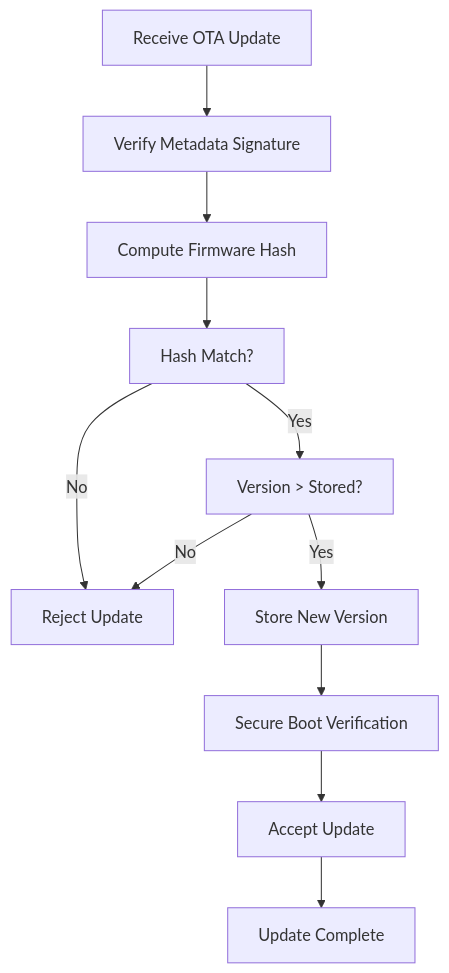
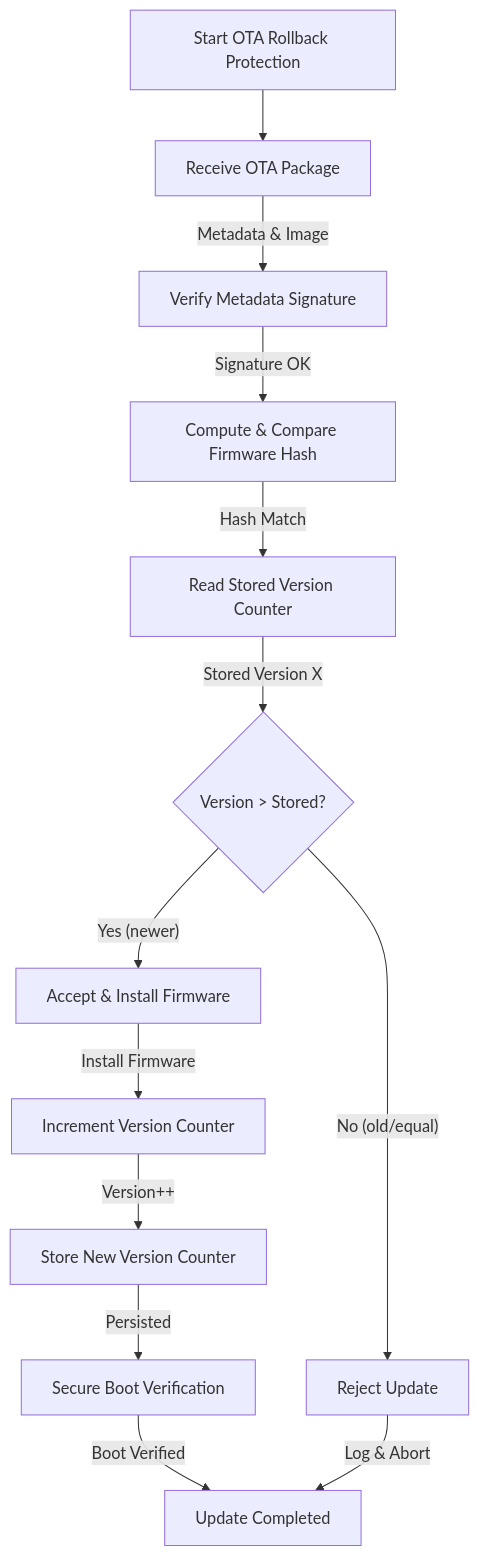
One commit to CagriCatik/Clarion changed the diagram in outputs/03_protection-rollback_doc.md. Above: the diagram before and after it, drawn with Mermaid. The commit also changed other lines of this file and 8 other files, not shown here.

````diff
--- a/outputs/03_protection-rollback_doc.md
+++ b/outputs/03_protection-rollback_doc.md
@@ -29,24 +26,28 @@
 ```mermaid
 graph TD
-    Receive_Update["Receive OTA Update"]
+    Start_Node["Start OTA Rollback Protection"]
+    Receive_Update["Receive OTA Package"]
     Verify_Signature["Verify Metadata Signature"]
-    Compute_Hash["Compute Firmware Hash"]
-    Compare_Hash["Hash Match?"]
-    Version_Check["Version > Stored?"]
-    Store_Version["Store New Version"]
-    Bootloader_Verify["Secure Boot Verification"]
-    Reject["Reject Update"]
-    Accept["Accept Update"]
-    End["Update Complete"]
+    Verify_Hash["Compute & Compare Firmware Hash"]
+    Read_Stored_Version["Read Stored Version Counter"]
+    Compare_Version{"Version > Stored?"}
+    Accept_Update["Accept & Install Firmware"]
+    Update_Counter["Increment Version Counter"]
+    Secure_Store["Store New Version Counter"]
+    Reboot["Secure Boot Verification"]
+    End_Node["Update Completed"]
+    Reject_Node["Reject Update"]
 
-    Receive_Update --> Verify_Signature
-    Verify_Signature --> Compute_Hash
-    Compute_Hash --> Compare_Hash
-    Compare_Hash -- "No" --> Reject
-    Compare_Hash -- "Yes" --> Version_Check
-    Version_Check -- "No" --> Reject
-    Version_Check -- "Yes" --> Store_Version
-    Store_Version --> Bootloader_Verify
-    Bootloader_Verify --> Accept
-    Accept --> End
+    Start_Node --> Receive_Update
+    Receive_Update -- "Metadata & Image" --> Verify_Signature
+    Verify_Signature -- "Signature OK" --> Verify_Hash
+    Verify_Hash -- "Hash Match" --> Read_Stored_Version
+    Read_Stored_Version -- "Stored Version X" --> Compare_Version
+    Compare_Version -- "Yes (newer)" --> Accept_Update
+    Compare_Version -- "No (old/equal)" --> Reject_Node
+    Accept_Update -- "Install Firmware" --> Update_Counter
+    Update_Counter -- "Version++" --> Secure_Store
+    Secure_Store -- "Persisted" --> Reboot
+    Reboot -- "Boot Verified" --> End_Node
+    Reject_Node -- "Log & Abort" --> End_Node
 ```
````
